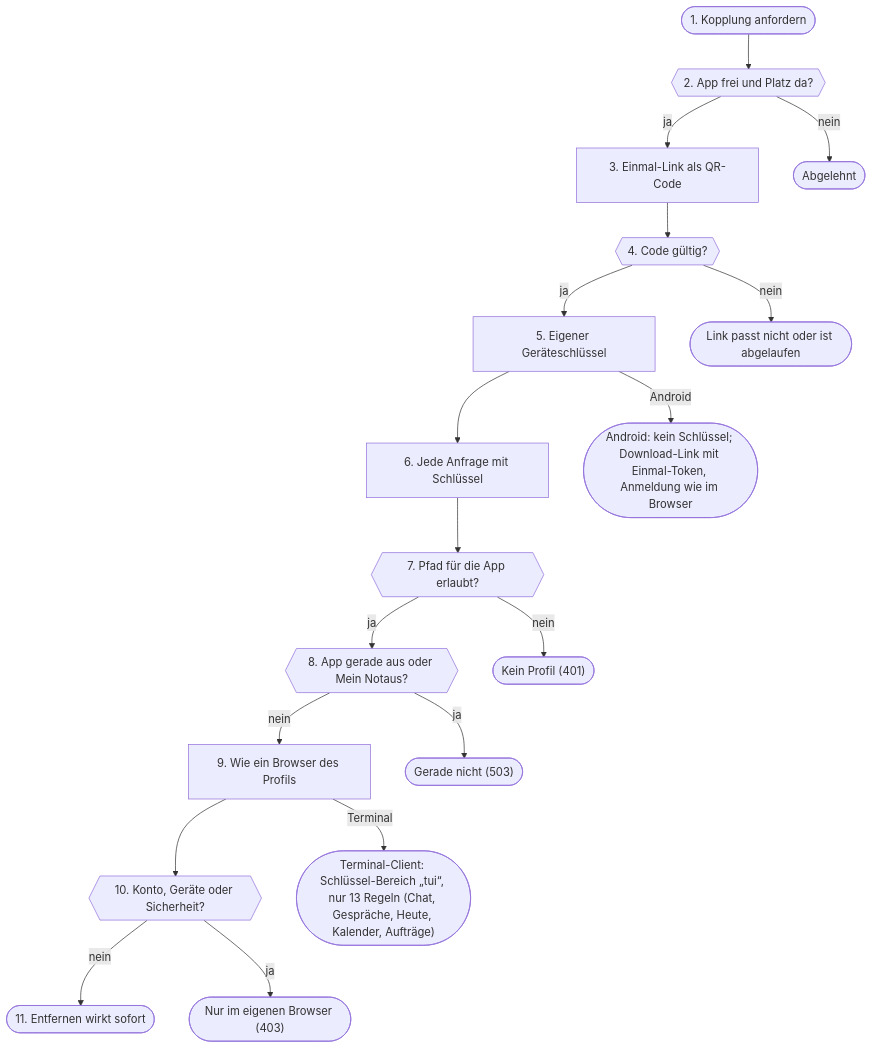
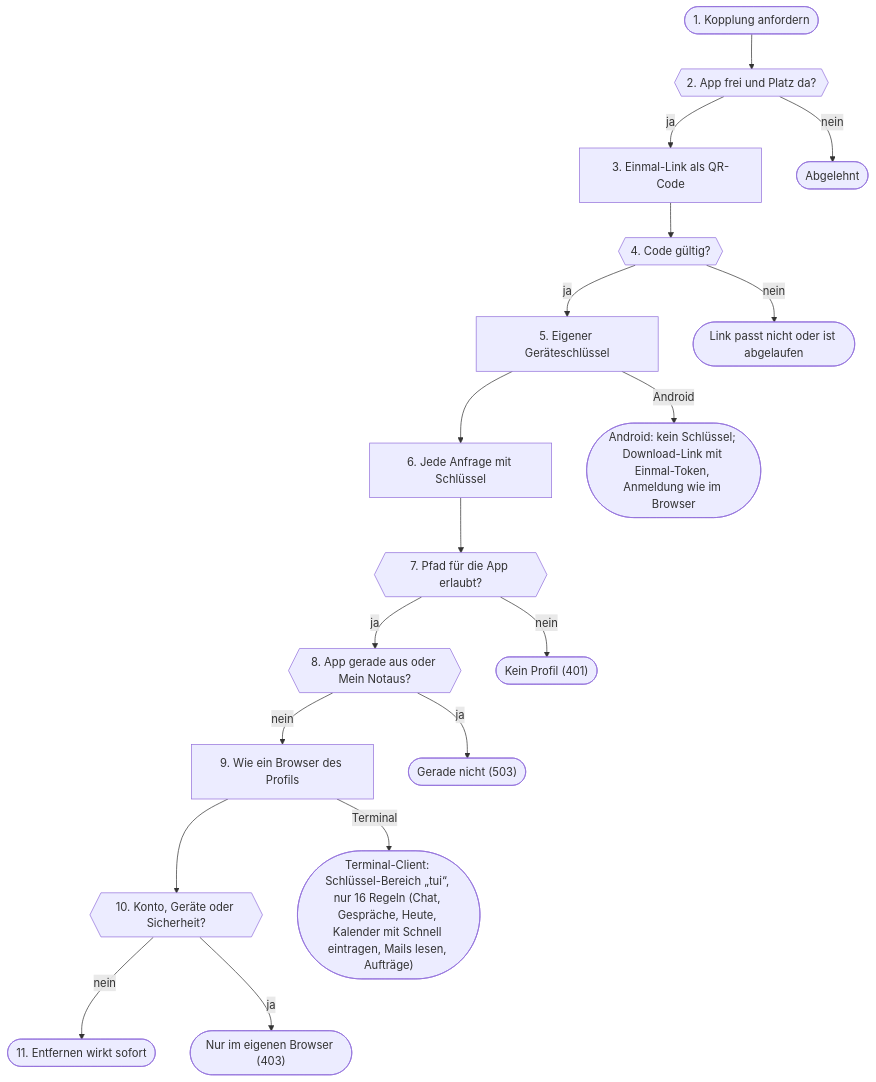
One commit to db9979/speech-on-dgx-spark changed the third of 27 diagrams in docs/de/architektur.md. Above: the diagram before and after it, drawn with Mermaid. The commit also changed other lines of this file and 42 other files, not shown here.

First line of the commit message:
V01.0.830 Kalender und E-Mail schneller und überall gleich: Spark-Kalender Stufe 1 (verschlüsselte Kopie jedes Kalenders, nur Änderungen vom Server), Vorwärmen beim Anmelden, E-Mail wie ein Mailprogramm, iPhone und uConsole auf dem Stand des Panels

````diff
--- a/docs/de/architektur.md
+++ b/docs/de/architektur.md
@@ -801,38 +804,38 @@
 ```mermaid
 flowchart TD
   s1(["1. Kopplung anfordern"])
   s2{{"2. App frei und Platz da?"}}
   s3["3. Einmal-Link als QR-Code"]
   s4{{"4. Code gültig?"}}
   s5["5. Eigener Geräteschlüssel"]
   s6["6. Jede Anfrage mit Schlüssel"]
   s7{{"7. Pfad für die App erlaubt?"}}
   s8{{"8. App gerade aus oder Mein Notaus?"}}
   s9["9. Wie ein Browser des Profils"]
   s10{{"10. Konto, Geräte oder Sicherheit?"}}
   s11(["11. Entfernen wirkt sofort"])
   s1 --> s2
   s2 -->|ja| s3
   s3 --> s4
   s4 -->|ja| s5
   s5 --> s6
   s6 --> s7
   s7 -->|ja| s8
   s8 -->|nein| s9
   s9 --> s10
   s10 -->|nein| s11
   s2x(["Abgelehnt"])
   s2 -->|nein| s2x
   s4x(["Link passt nicht oder ist abgelaufen"])
   s4 -->|nein| s4x
   s5x(["Android: kein Schlüssel; Download-Link mit Einmal-Token, Anmeldung wie im Browser"])
   s5 -->|Android| s5x
   s7x(["Kein Profil (401)"])
   s7 -->|nein| s7x
   s8x(["Gerade nicht (503)"])
   s8 -->|ja| s8x
-  s9x(["Terminal-Client: Schlüssel-Bereich „tui“, nur 13 Regeln (Chat, Gespräche, Heute, Kalender, Aufträge)"])
+  s9x(["Terminal-Client: Schlüssel-Bereich „tui“, nur 16 Regeln (Chat, Gespräche, Heute, Kalender mit Schnell eintragen, Mails lesen, Aufträge)"])
   s9 -->|Terminal| s9x
   s10x(["Nur im eigenen Browser (403)"])
   s10 -->|ja| s10x
 ```
````
